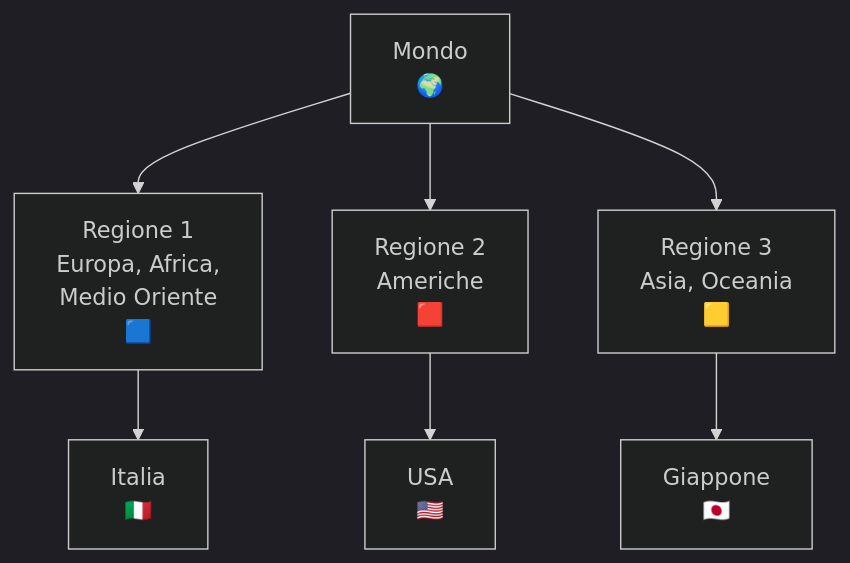
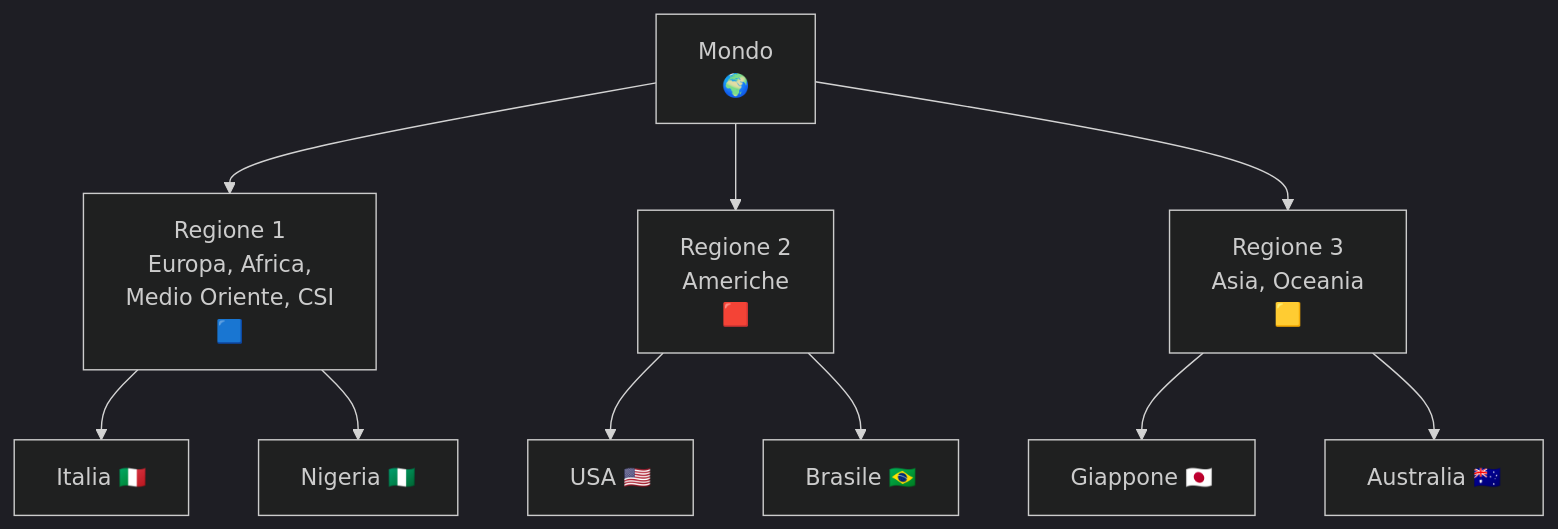
The fourth of 4 diagrams in website/docs/C_Regolamentazione/1_Regolamento_Radiocomunicazioni_UIT.md (IU6VYG/esame-radioamatori), drawn with Mermaid (dark theme) before and after one commit. The commit also changed other lines of this file and 1 other file, not shown here.

````diff
--- a/website/docs/C_Regolamentazione/1_Regolamento_Radiocomunicazioni_UIT.md
+++ b/website/docs/C_Regolamentazione/1_Regolamento_Radiocomunicazioni_UIT.md
@@ -187,9 +251,12 @@
 ```mermaid
 graph TD;
-    Mondo["Mondo<br>🌍"] --> Regione1["Regione 1<br>Europa, Africa,<br>Medio Oriente<br>🟦"];
+    Mondo["Mondo<br>🌍"] --> Regione1["Regione 1<br>Europa, Africa,<br>Medio Oriente, CSI<br>🟦"];
     Mondo --> Regione2["Regione 2<br>Americhe<br>🟥"];
     Mondo --> Regione3["Regione 3<br>Asia, Oceania<br>🟨"];
-    Regione1 --> Italia["Italia<br>🇮🇹"];
-    Regione2 --> USA["USA<br>🇺🇸"];
-    Regione3 --> Giappone["Giappone<br>🇯🇵"];
+    Regione1 --> Italia["Italia 🇮🇹"];
+    Regione1 --> Nigeria["Nigeria 🇳🇬"];
+    Regione2 --> USA["USA 🇺🇸"];
+    Regione2 --> Brasile["Brasile 🇧🇷"];
+    Regione3 --> Giappone["Giappone 🇯🇵"];
+    Regione3 --> Australia["Australia 🇦🇺"];
 ```
````
